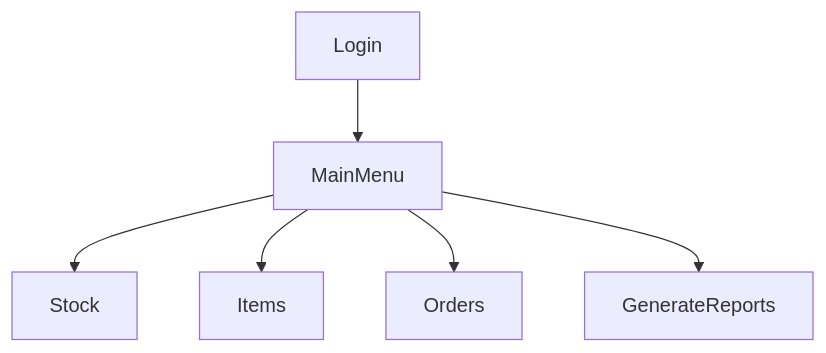
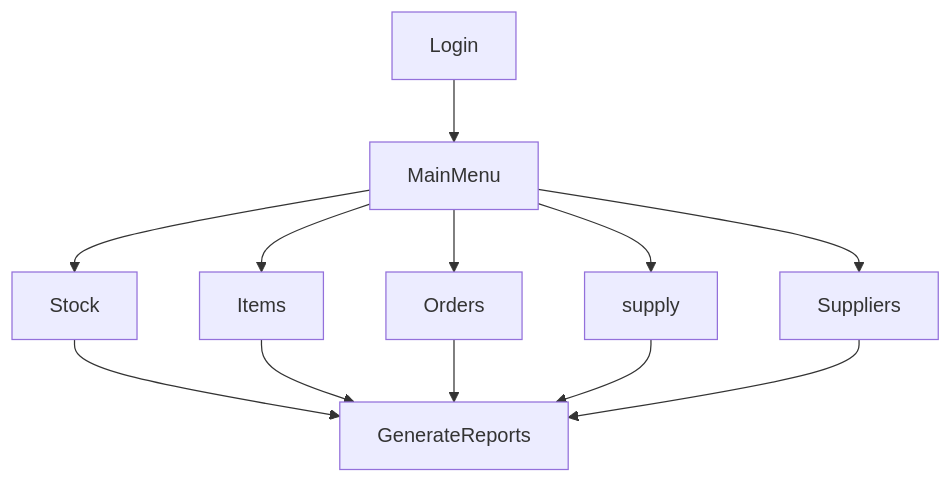
One commit to JoelwMulongo/stock-control-system changed the diagram in README.md. Above: the diagram before and after it, drawn with Mermaid.

````diff
--- a/README.md
+++ b/README.md
@@ -7,8 +7,14 @@
  ```mermaid
  graph TD;
  Login-->MainMenu;
  MainMenu-->Stock;
  MainMenu-->Items;
  MainMenu-->Orders;
- MainMenu-->GenerateReports;
+ MainMenu-->supply;
+ MainMenu-->Suppliers;
+ Stock-->GenerateReports;
+ Items-->GenerateReports;
+ Orders-->GenerateReports;
+ supply-->GenerateReports;
+ Suppliers-->GenerateReports;
  ```
````
